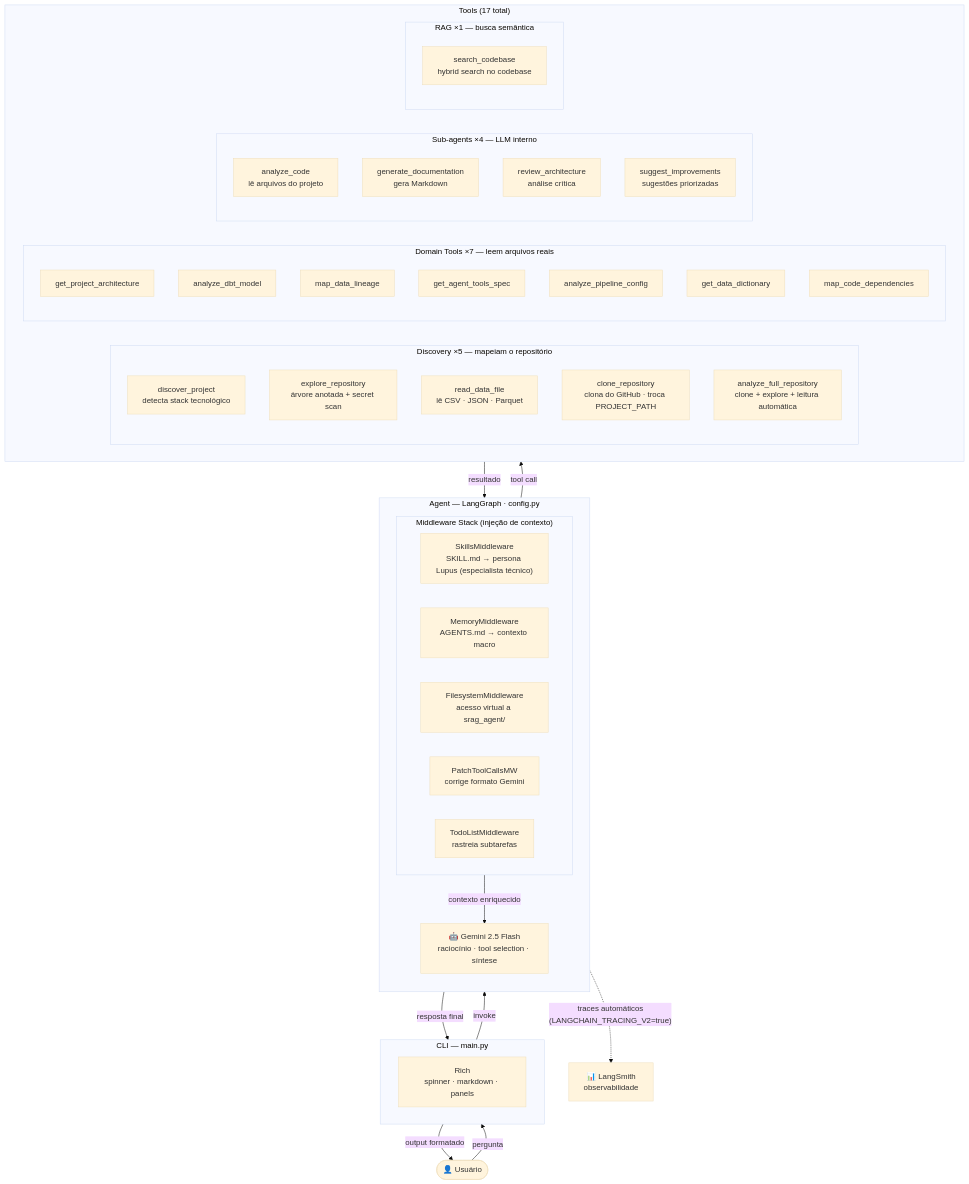
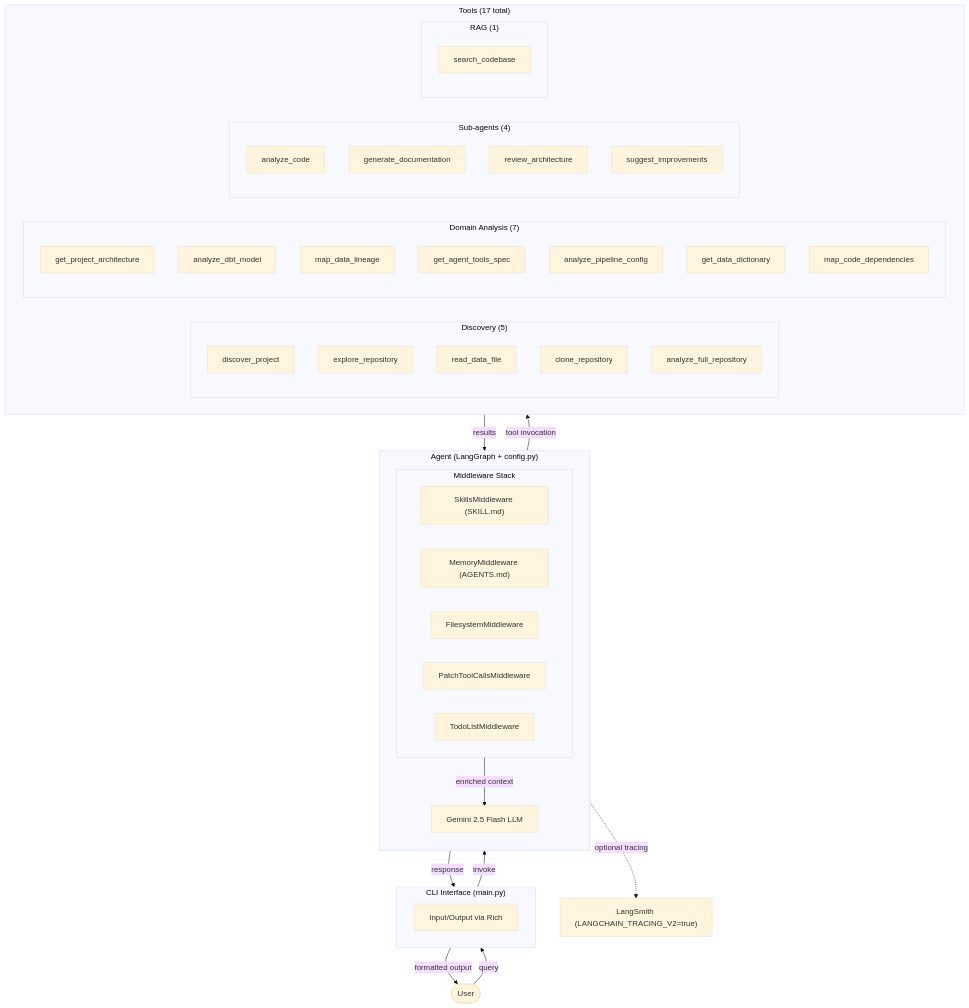
One commit to eduardo-ebdl/lupus changed the first of 2 diagrams in README.md. Above: the diagram before and after it, drawn with Mermaid (base theme). The commit also changed other lines of this file, not shown here.

````diff
--- a/README.md
+++ b/README.md
@@ -70,71 +68,71 @@
 ```mermaid
 flowchart TD
-    User(["👤 Usuário"])
-    User -->|pergunta| CLI
+    User(["User"])
+    User -->|query| CLI
 
-    subgraph CLI["CLI — main.py"]
-        Rich["Rich\nspinner · markdown · panels"]
+    subgraph CLI["CLI Interface (main.py)"]
+        IO["Input/Output via Rich"]
     end
 
-    CLI -->|invoke| MW
+    CLI -->|invoke| Agent
 
-    subgraph AgentCore["Agent — LangGraph  ·  config.py"]
+    subgraph Agent["Agent (LangGraph + config.py)"]
         direction TB
 
-        subgraph MW["Middleware Stack  (injeção de contexto)"]
+        subgraph MW["Middleware Stack"]
             direction LR
-            SK["SkillsMiddleware\nSKILL.md → persona Lupus (especialista técnico)"]
-            ME["MemoryMiddleware\nAGENTS.md → contexto macro"]
-            FS["FilesystemMiddleware\nacesso virtual a srag_agent/"]
-            PT["PatchToolCallsMW\ncorrige formato Gemini"]
-            TD["TodoListMiddleware\nrastreia subtarefas"]
+            SK["SkillsMiddleware (SKILL.md)"]
+            ME["MemoryMiddleware (AGENTS.md)"]
+            FS["FilesystemMiddleware"]
+            PT["PatchToolCallsMiddleware"]
+            TD["TodoListMiddleware"]
         end
 
-        LLM["🤖 Gemini 2.5 Flash\nraciocínio · tool selection · síntese"]
-        MW -->|contexto enriquecido| LLM
+        LLM["Gemini 2.5 Flash LLM"]
+        MW -->|enriched context| LLM
     end
 
-    LLM -->|tool call| Tools
+    LLM -->|tool invocation| Tools
 
-    subgraph Tools["Tools  (17 total)"]
+    subgraph Tools["Tools (17 total)"]
         direction LR
 
-        subgraph DISC["Discovery  ×5  —  mapeiam o repositório"]
+        subgraph DISC["Discovery (5)"]
             direction TB
-            D1["discover_project\ndetecta stack tecnológico"]
-            D2["explore_repository\nárvore anotada + secret scan"]
-            D3["read_data_file\nlê CSV · JSON · Parquet"]
-            D4["clone_repository\nclona do GitHub · troca PROJECT_PATH"]
-            D5["analyze_full_repository\nclone + explore + leitura automática"]
+            D1["discover_project"]
+            D2["explore_repository"]
+            D3["read_data_file"]
+            D4["clone_repository"]
+            D5["analyze_full_repository"]
         end
 
-        subgraph DT["Domain Tools  ×7  —  leem arquivos reais"]
+        subgraph DT["Domain Analysis (7)"]
             direction TB
             T1["get_project_architecture"]
             T2["analyze_dbt_model"]
             T3["map_data_lineage"]
             T4["get_agent_tools_spec"]
             T5["analyze_pipeline_config"]
             T6["get_data_dictionary"]
             T7["map_code_dependencies"]
         end
 
-        subgraph SA["Sub-agents  ×4  —  LLM interno"]
+        subgraph SA["Sub-agents (4)"]
             direction TB
-            S1["analyze_code\nlê arquivos do projeto"]
-            S2["generate_documentation\ngera Markdown"]
-            S3["review_architecture\nanálise crítica"]
-            S4["suggest_improvements\nsugestões priorizadas"]
+            S1["analyze_code"]
+            S2["generate_documentation"]
+            S3["review_architecture"]
+            S4["suggest_improvements"]
         end
 
-        subgraph RAG["RAG  ×1  —  busca semântica"]
-            SC["search_codebase\nhybrid search no codebase"]
+        subgraph RAG["RAG (1)"]
+            SC["search_codebase"]
         end
     end
 
-    Tools -->|resultado| LLM
-    LLM -->|resposta final| CLI
-    CLI -->|output formatado| User
+    Tools -->|results| LLM
+    LLM -->|response| CLI
+    CLI -->|formatted output| User
 
-    AgentCore -. "traces automáticos\n(LANGCHAIN_TRACING_V2=true)" .-> LS["📊 LangSmith\nobservabilidade"]
+    Agent -.->|optional tracing| LS["LangSmith (LANGCHAIN_TRACING_V2=true)"]
 ```
````
